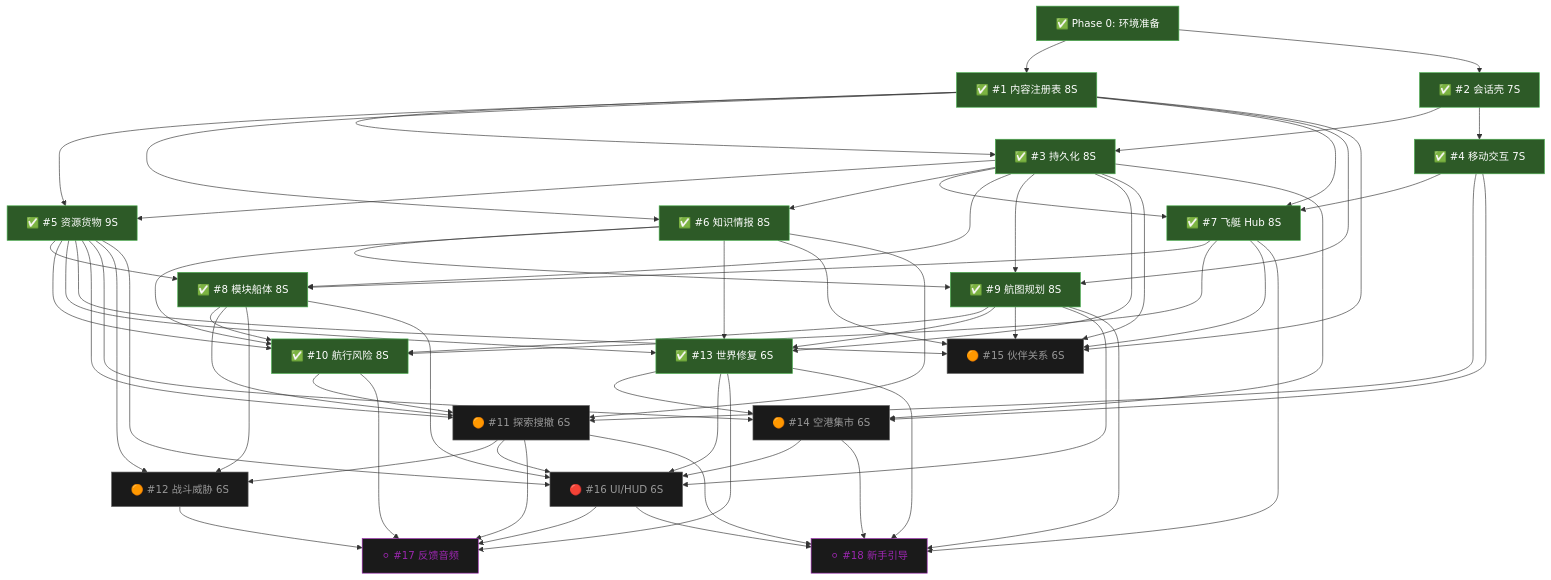
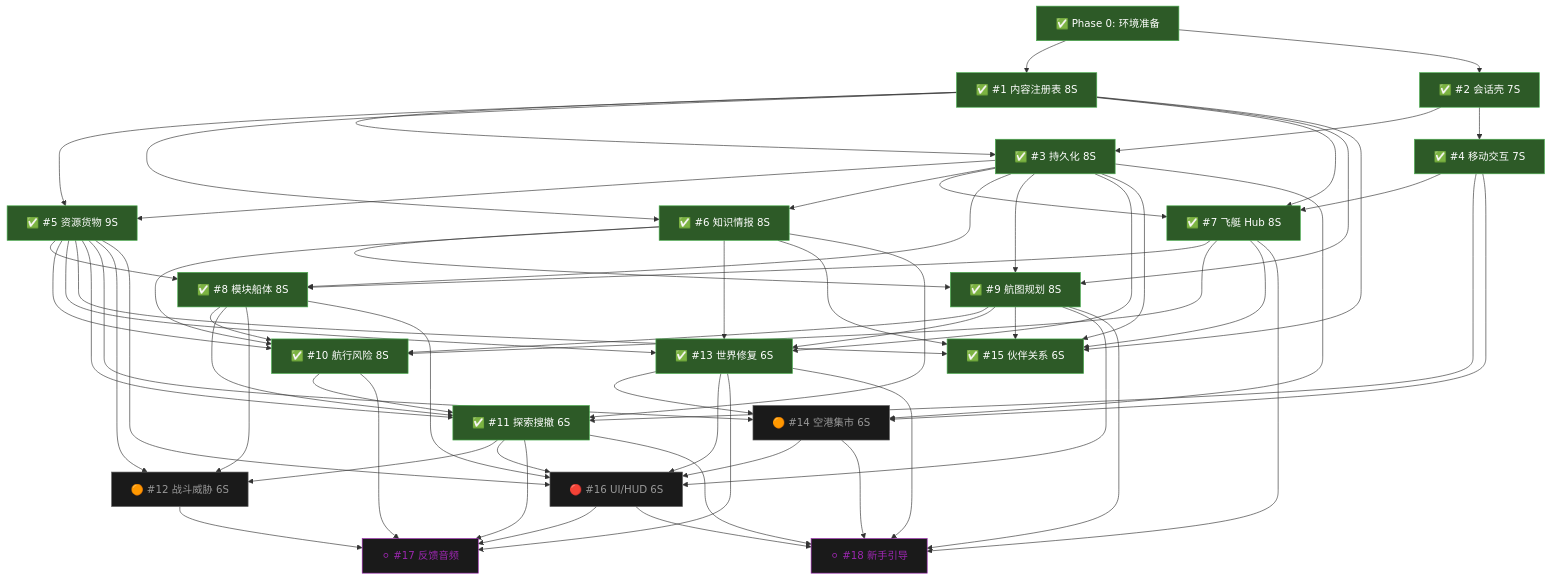
Before and after one commit to lieinsay/Claude-Code-Game-Studios: the second of 3 diagrams in docs/reference/production-flowchart.md, drawn with Mermaid. The commit also changed other lines of this file and 19 other files, not shown here.

```diff
--- a/docs/reference/production-flowchart.md
+++ b/docs/reference/production-flowchart.md
@@ -82,9 +82,9 @@
 
     S10["✅ #10 航行风险 8S"]:::done
     S13["✅ #13 世界修复 6S"]:::done
-    S15["🟠 #15 伙伴关系 6S"]:::future
+    S15["✅ #15 伙伴关系 6S"]:::done
 
-    S11["🟠 #11 探索搜撤 6S"]:::future
+    S11["✅ #11 探索搜撤 6S"]:::done
     S14["🟠 #14 空港集市 6S"]:::future
 
     S12["🟠 #12 战斗威胁 6S"]:::future
```
